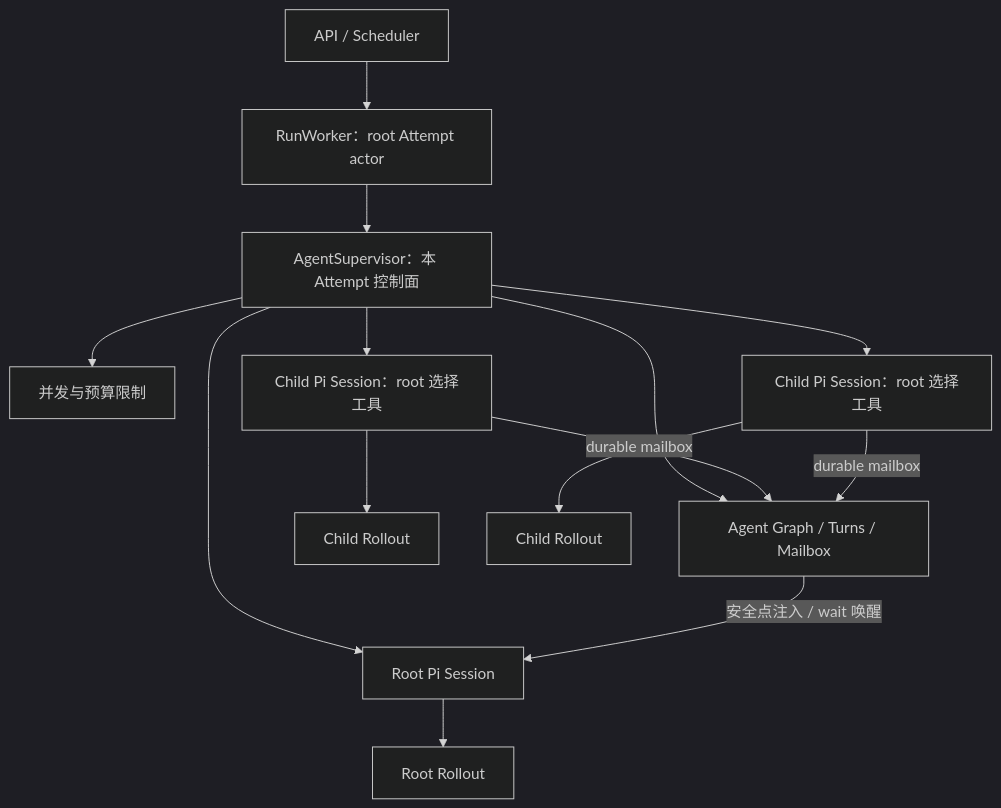
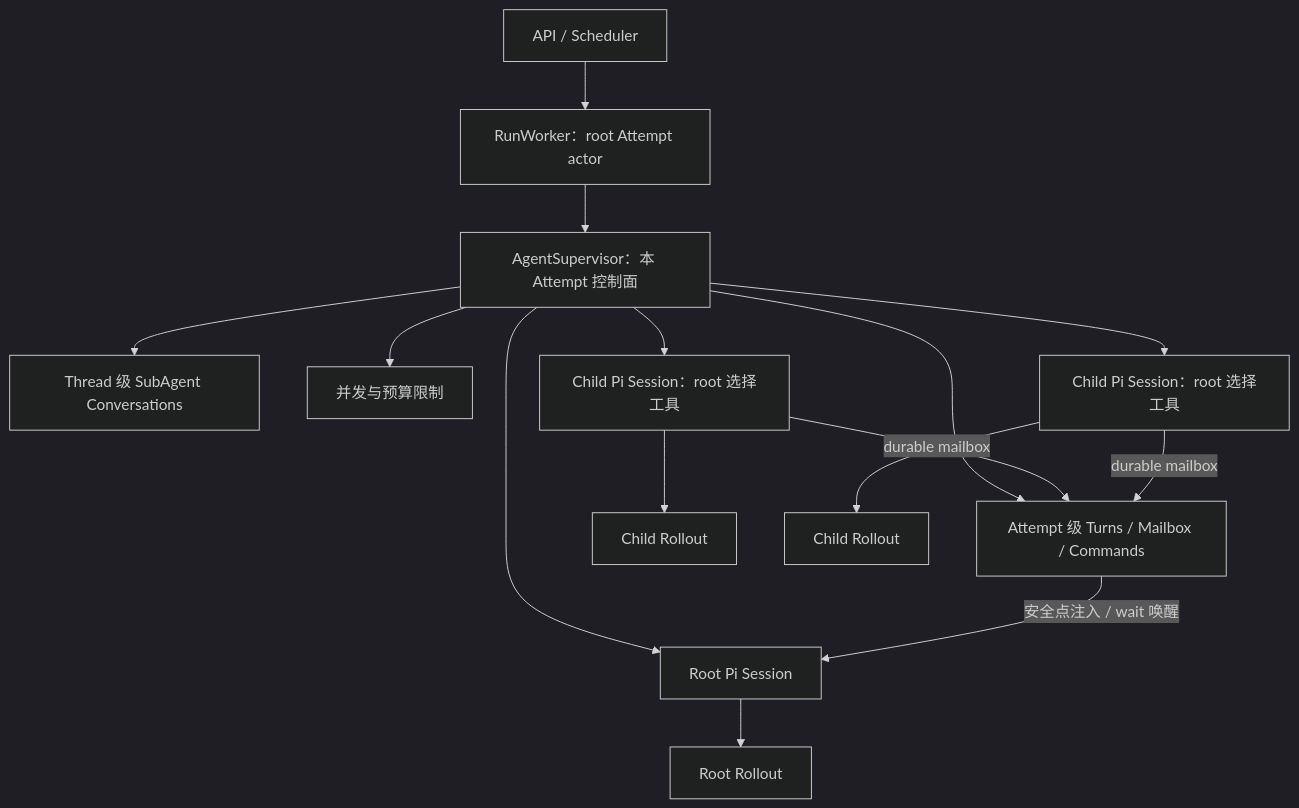
One commit to hooxing/hoox changed the second of 2 diagrams in docs/codex-subagent-plan-runtime-design.md. Above: the diagram before and after it, drawn with Mermaid (dark theme). The commit also changed other lines of this file and 24 other files, not shown here.

Commit message:
支持跨 Run 复用 SubAgent 对话

````diff
--- a/docs/codex-subagent-plan-runtime-design.md
+++ b/docs/codex-subagent-plan-runtime-design.md
@@ -194,16 +201,17 @@
 ```mermaid
 flowchart TD
     API["API / Scheduler"] --> RW["RunWorker：root Attempt actor"]
     RW --> Supervisor["AgentSupervisor：本 Attempt 控制面"]
-    Supervisor --> Store["Agent Graph / Turns / Mailbox"]
+    Supervisor --> ConversationStore["Thread 级 SubAgent Conversations"]
+    Supervisor --> Store["Attempt 级 Turns / Mailbox / Commands"]
     Supervisor --> Limit["并发与预算限制"]
     Supervisor --> RootSession["Root Pi Session"]
     Supervisor --> ChildSession1["Child Pi Session：root 选择工具"]
     Supervisor --> ChildSession2["Child Pi Session：root 选择工具"]
     RootSession --> RootRollout["Root Rollout"]
     ChildSession1 --> ChildRollout1["Child Rollout"]
     ChildSession2 --> ChildRollout2["Child Rollout"]
     ChildSession1 -->|"durable mailbox"| Store
     ChildSession2 -->|"durable mailbox"| Store
     Store -->|"安全点注入 / wait 唤醒"| RootSession
 ```
````
